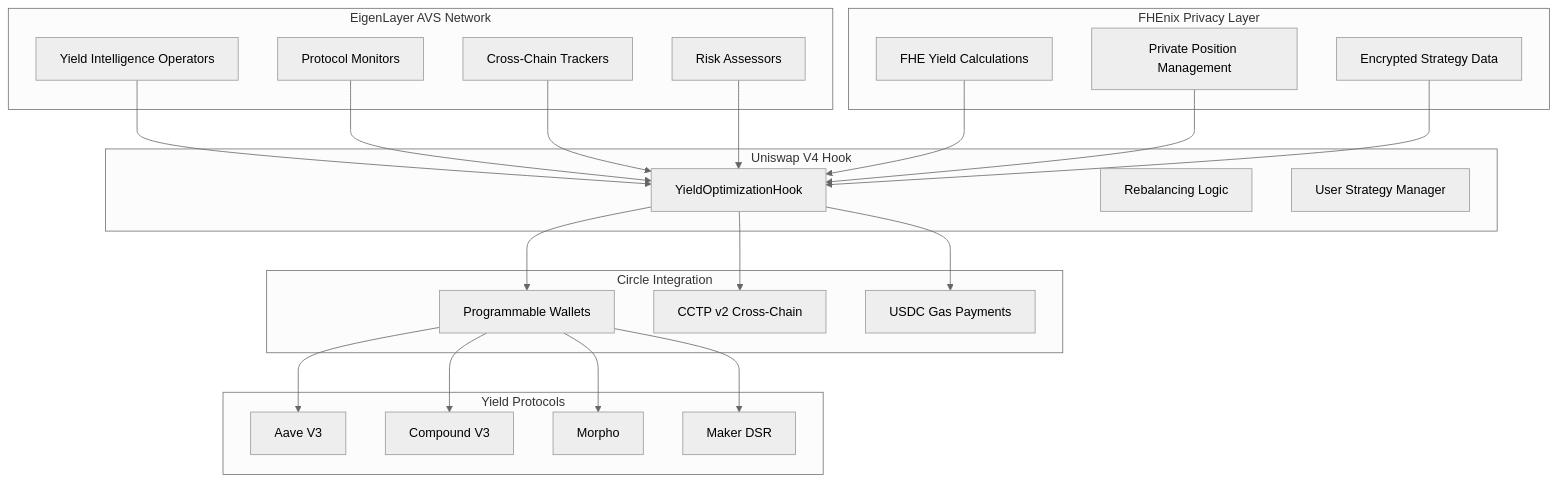
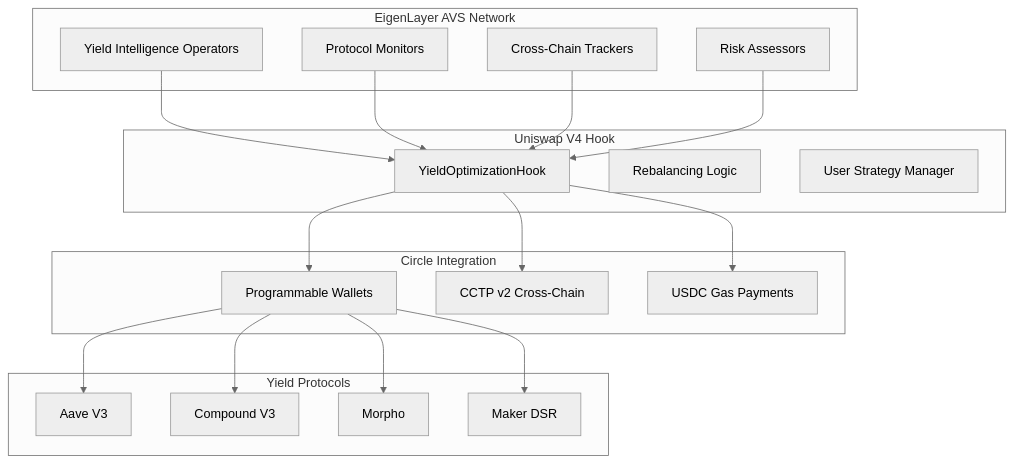
The first of 2 diagrams in README.md (Najnomics/AVS-Powered-USDC-Yield-Hook), drawn with Mermaid (neutral theme) before and after one commit. The commit also changed other lines of this file and 16 other files, not shown here.

````diff
--- a/README.md
+++ b/README.md
@@ -56,49 +51,41 @@
 ```mermaid
 graph TB
     subgraph "EigenLayer AVS Network"
         A[Yield Intelligence Operators]
         B[Protocol Monitors]
         C[Cross-Chain Trackers]
         D[Risk Assessors]
     end
     
-    subgraph "FHEnix Privacy Layer"
-        E[FHE Yield Calculations]
-        F[Private Position Management]
-        G[Encrypted Strategy Data]
-    end
     
     subgraph "Uniswap V4 Hook"
         H[YieldOptimizationHook]
         I[Rebalancing Logic]
         J[User Strategy Manager]
     end
     
     subgraph "Circle Integration"
         K[Programmable Wallets]
         L[CCTP v2 Cross-Chain]
         M[USDC Gas Payments]
     end
     
     subgraph "Yield Protocols"
         N[Aave V3]
         O[Compound V3]
         P[Morpho]
         Q[Maker DSR]
     end
     
     A --> H
     B --> H
     C --> H
     D --> H
-    E --> H
-    F --> H
-    G --> H
     H --> K
     H --> L
     H --> M
     K --> N
     K --> O
     K --> P
     K --> Q
 ```
````
